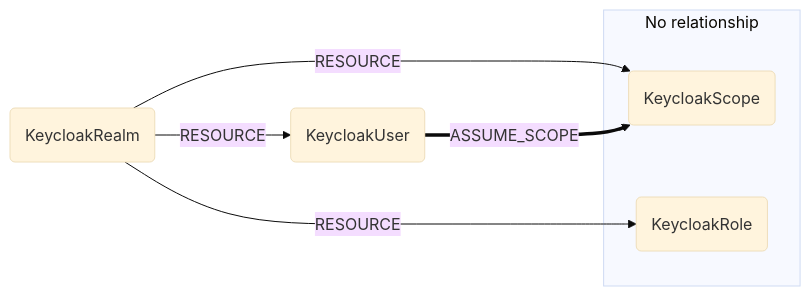
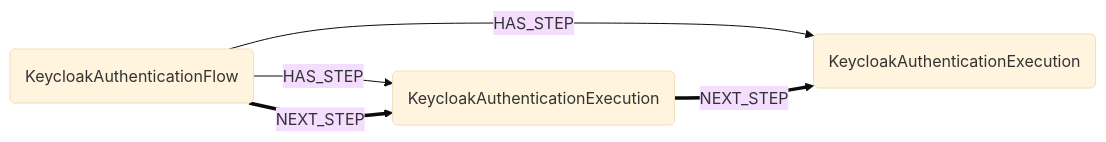
Before and after one commit to cartography-cncf/cartography: the fifth of 5 diagrams in docs/root/modules/keycloak/analysis.md, drawn with Mermaid (base theme). The commit also changed other lines of this file and 19 other files, not shown here.

First line of the commit message:
feat(docs): include analysis jobs in generated schemas

````diff
--- a/docs/root/modules/keycloak/analysis.md
+++ b/docs/root/modules/keycloak/analysis.md
@@ -120,11 +77,6 @@
 ```mermaid
 graph LR
-    R(KeycloakRealm) -- RESOURCE --> U(KeycloakUser)
-    R -- RESOURCE --> S(KeycloakScope)
-    R -- RESOURCE --> ROLE(KeycloakRole)
-    subgraph "No relationship"
-        S
-        ROLE
-    end
-    U == ASSUME_SCOPE ==> S
+    F(KeycloakAuthenticationFlow) -- HAS_STEP --> E1(KeycloakAuthenticationExecution)
+    F -- HAS_STEP --> E2(KeycloakAuthenticationExecution)
+    F == NEXT_STEP ==> E1 == NEXT_STEP ==> E2
 ```
````
